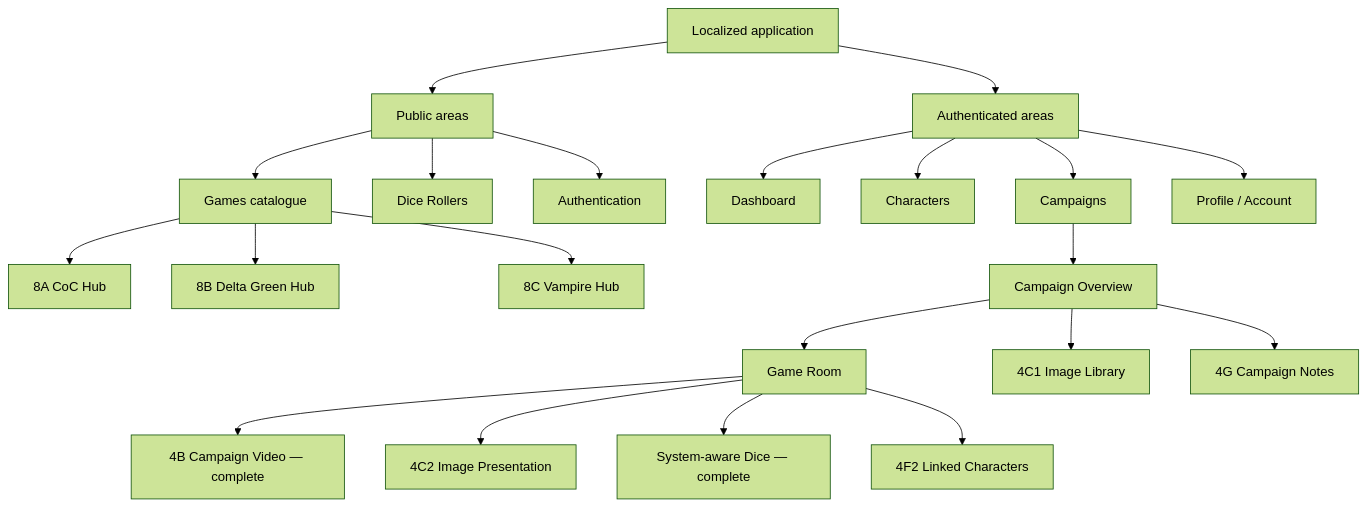
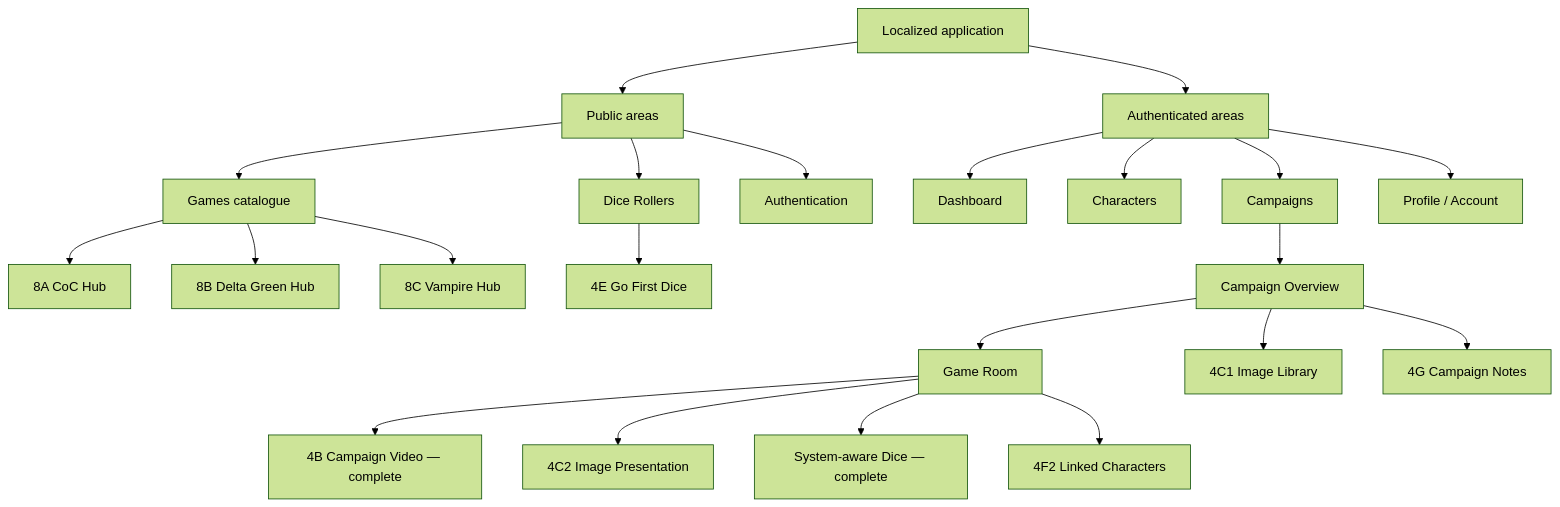
The diagram in docs/product/SITE_MAP_TARGET.md (Andrey-0101/ttrpg-website), drawn with Mermaid (forest theme) before and after one commit. The commit also changed other lines of this file and 20 other files, not shown here.

Commit message:
feat: add Go First Dice roller (#56)

````diff
--- a/docs/product/SITE_MAP_TARGET.md
+++ b/docs/product/SITE_MAP_TARGET.md
@@ -17,23 +17,24 @@
 ```mermaid
 flowchart TD
     ROOT["Localized application"] --> PUBLIC["Public areas"]
     ROOT --> PRIVATE["Authenticated areas"]
     PUBLIC --> GAMES["Games catalogue"]
     PUBLIC --> DICE["Dice Rollers"]
+    DICE --> GO_FIRST_DICE["4E Go First Dice"]
     PUBLIC --> AUTH["Authentication"]
     PRIVATE --> DASHBOARD["Dashboard"]
     PRIVATE --> CHARACTERS["Characters"]
     PRIVATE --> CAMPAIGNS["Campaigns"]
     PRIVATE --> ACCOUNT["Profile / Account"]
     CAMPAIGNS --> CAMPAIGN["Campaign Overview"]
     CAMPAIGN --> GAME_ROOM["Game Room"]
     CAMPAIGN --> IMAGE_LIBRARY["4C1 Image Library"]
     GAME_ROOM --> VIDEO["4B Campaign Video — complete"]
     GAME_ROOM --> IMAGE_DISPLAY["4C2 Image Presentation"]
     GAME_ROOM --> SYSTEM_DICE["System-aware Dice — complete"]
     GAME_ROOM --> LINKED_CHARACTERS["4F2 Linked Characters"]
     CAMPAIGN --> NOTES["4G Campaign Notes"]
     GAMES --> COC_HUB["8A CoC Hub"]
     GAMES --> DG_HUB["8B Delta Green Hub"]
     GAMES --> VAMPIRE_HUB["8C Vampire Hub"]
 ```
````
